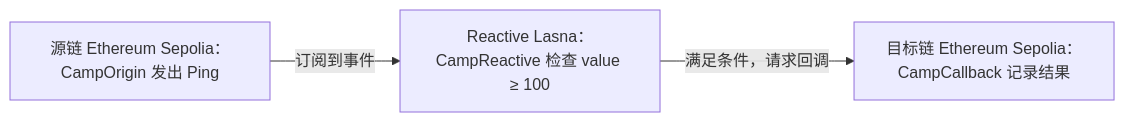
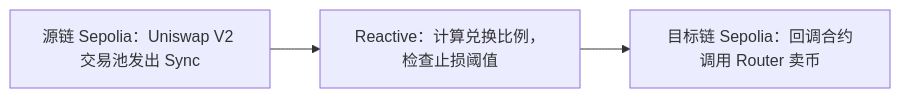
Before and after one commit to LierMi/reactive-camp-learning: the diagram in notes/d1-use-case.md, drawn with Mermaid. The commit also changed other lines of this file, not shown here.

Commit message:
Replace starter use case with Uniswap stop order

````diff
--- a/notes/d1-use-case.md
+++ b/notes/d1-use-case.md
@@ -17,8 +17,7 @@
 ```mermaid
 flowchart LR
-    origin["源链 Ethereum Sepolia：CampOrigin 发出 Ping"]
-    reactive["Reactive Lasna：CampReactive 检查 value ≥ 100"]
-    destination["目标链 Ethereum Sepolia：CampCallback 记录结果"]
-    origin -->|订阅到事件| reactive
-    reactive -->|满足条件，请求回调| destination
+    A["源链 Sepolia：Uniswap V2 交易池发出 Sync"]
+    B["Reactive：计算兑换比例，检查止损阈值"]
+    C["目标链 Sepolia：回调合约调用 Router 卖币"]
+    A --> B --> C
 ```
````
